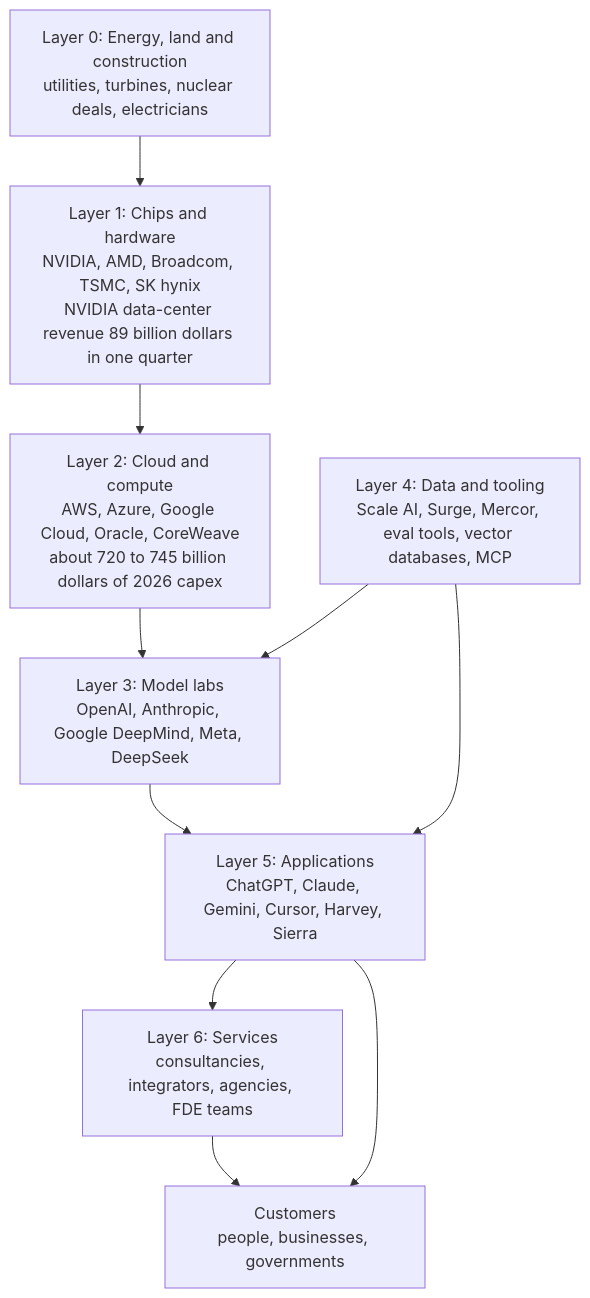
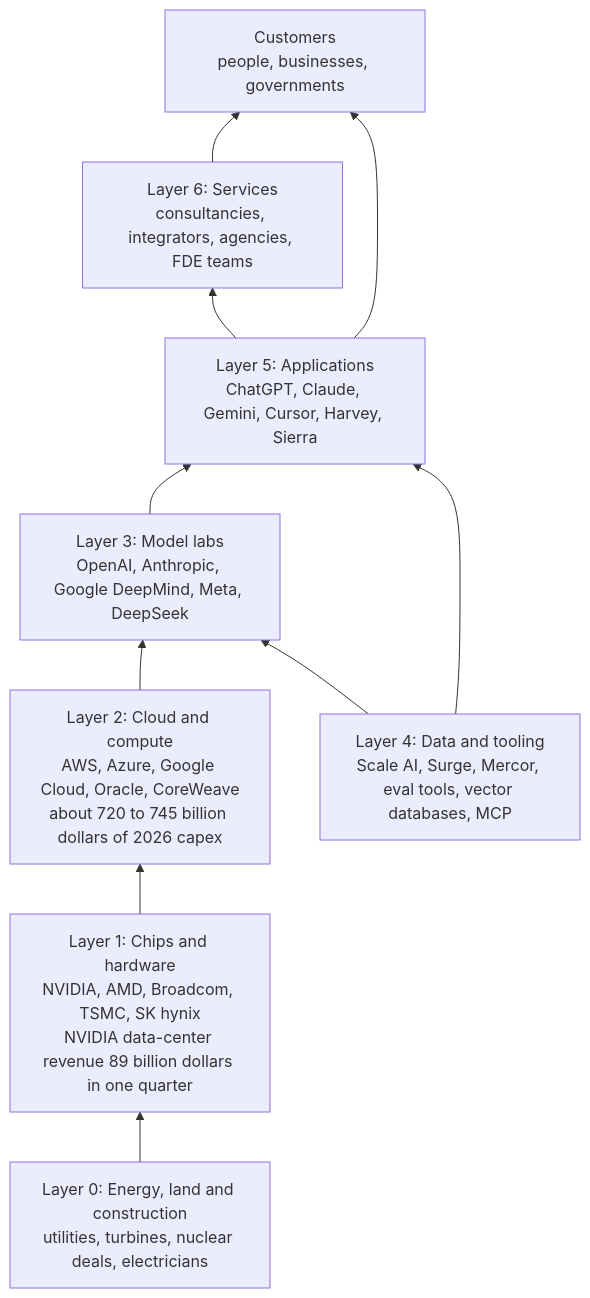
One commit to mcichael1-eng/Leash-Holder-2 changed the first of 7 diagrams in ai-book/chapters/61-industry-map.md. Above: the diagram before and after it, drawn with Mermaid. The commit also changed other lines of this file, not shown here.

````diff
--- a/ai-book/chapters/61-industry-map.md
+++ b/ai-book/chapters/61-industry-map.md
@@ -118,20 +118,20 @@
 ```mermaid
-flowchart TD
+flowchart BT
     U["Customers<br/>people, businesses, governments"]
     S["Layer 6: Services<br/>consultancies, integrators, agencies, FDE teams"]
     A["Layer 5: Applications<br/>ChatGPT, Claude, Gemini, Cursor, Harvey, Sierra"]
     T["Layer 4: Data and tooling<br/>Scale AI, Surge, Mercor, eval tools, vector databases, MCP"]
     L["Layer 3: Model labs<br/>OpenAI, Anthropic, Google DeepMind, Meta, DeepSeek"]
     C["Layer 2: Cloud and compute<br/>AWS, Azure, Google Cloud, Oracle, CoreWeave<br/>about 720 to 745 billion dollars of 2026 capex"]
     H["Layer 1: Chips and hardware<br/>NVIDIA, AMD, Broadcom, TSMC, SK hynix<br/>NVIDIA data-center revenue 89 billion dollars in one quarter"]
     E["Layer 0: Energy, land and construction<br/>utilities, turbines, nuclear deals, electricians"]
     E --> H
     H --> C
     C --> L
     T --> L
     L --> A
     T --> A
     A --> S
     S --> U
     A --> U
 ```
````
